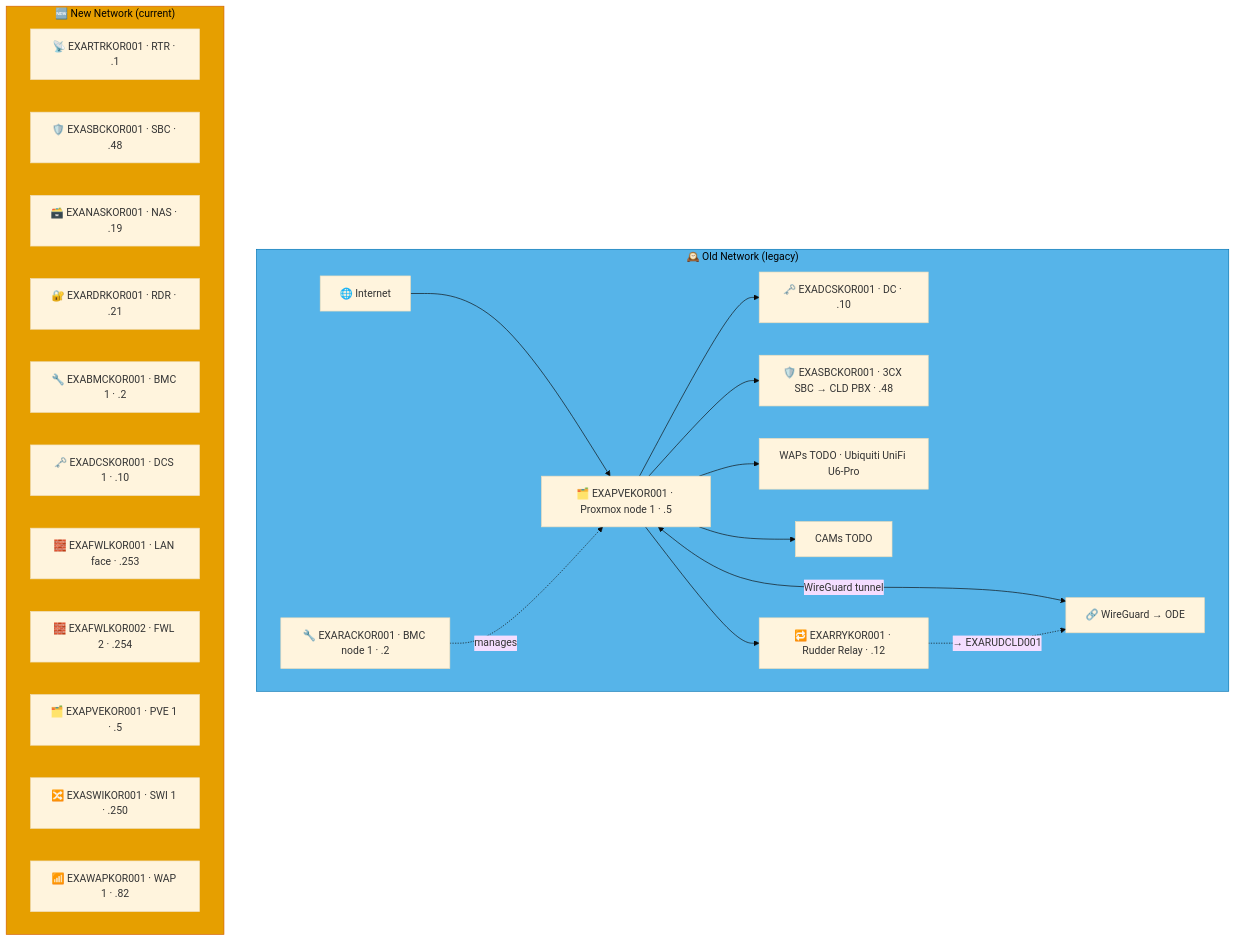
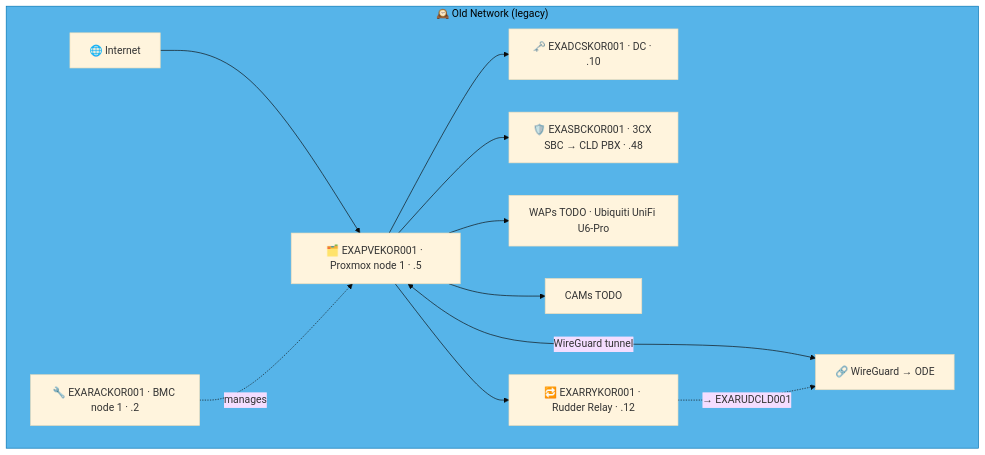
The ninth of 18 diagrams in docs/network-diagram/danmark.md (knightmare2600/example_music_infra), drawn with Mermaid (base theme) before and after one commit. The commit also changed other lines of this file and 35 other files, not shown here.

````diff
--- a/docs/network-diagram/danmark.md
+++ b/docs/network-diagram/danmark.md
@@ -274,39 +364,23 @@
 ```mermaid
 graph TD
     subgraph OLD_KOR ["🕰️ Old Network (legacy)"]
       INET["🌐 Internet"]
       RAC["🔧 EXARACKOR001 · BMC node 1 · .2"]
       PVE["🗂️ EXAPVEKOR001 · Proxmox node 1 · .5"]
       DC["🗝️ EXADCSKOR001 · DC · .10"]
       SBC["🛡️ EXASBCKOR001 · 3CX SBC → CLD PBX · .48"]
       RRY["🔁 EXARRYKOR001 · Rudder Relay · .12"]
       WAP["WAPs TODO · Ubiquiti UniFi U6-Pro"]
       CAM["CAMs TODO"]
       VPN["🔗 WireGuard → ODE"]
 
       INET --> PVE --> DC & SBC
       RAC -.->|"manages"| PVE
       PVE --> WAP & CAM
       PVE <-->|"WireGuard tunnel"| VPN
 
       PVE --> RRY
       RRY -. "→ EXARUDCLD001" .-> VPN
     end
     style OLD_KOR fill:#56B4E9,stroke:#0072B2,color:#000000
-    %% GENERATED:NEW-NETWORK:KOR:START
-    subgraph NEW_KOR ["🆕 New Network (current)"]
-      N_RTR["📡 EXARTRKOR001 · RTR · .1"]
-      N_SBC["🛡️ EXASBCKOR001 · SBC · .48"]
-      N_NAS["🗃️ EXANASKOR001 · NAS · .19"]
-      N_RDR["🔐 EXARDRKOR001 · RDR · .21"]
-      N_BMC["🔧 EXABMCKOR001 · BMC 1 · .2"]
-      N_DCS["🗝️ EXADCSKOR001 · DCS 1 · .10"]
-      N_FWL["🧱 EXAFWLKOR001 · LAN face · .253"]
-      N_FWL2["🧱 EXAFWLKOR002 · FWL 2 · .254"]
-      N_PVE["🗂️ EXAPVEKOR001 · PVE 1 · .5"]
-      N_SWI["🔀 EXASWIKOR001 · SWI 1 · .250"]
-      N_WAP["📶 EXAWAPKOR001 · WAP 1 · .82"]
-    end
-    style NEW_KOR fill:#E69F00,stroke:#D55E00,color:#000000
-    %% GENERATED:NEW-NETWORK:KOR:END
 ```
````
